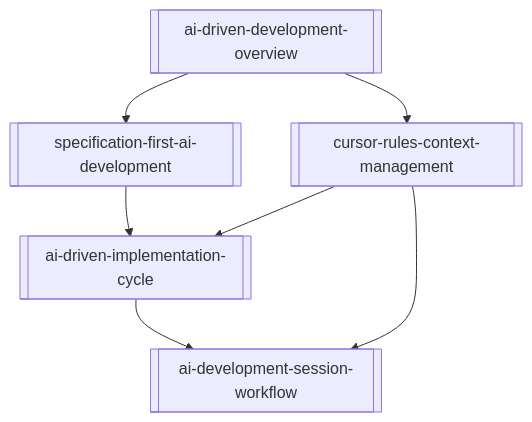
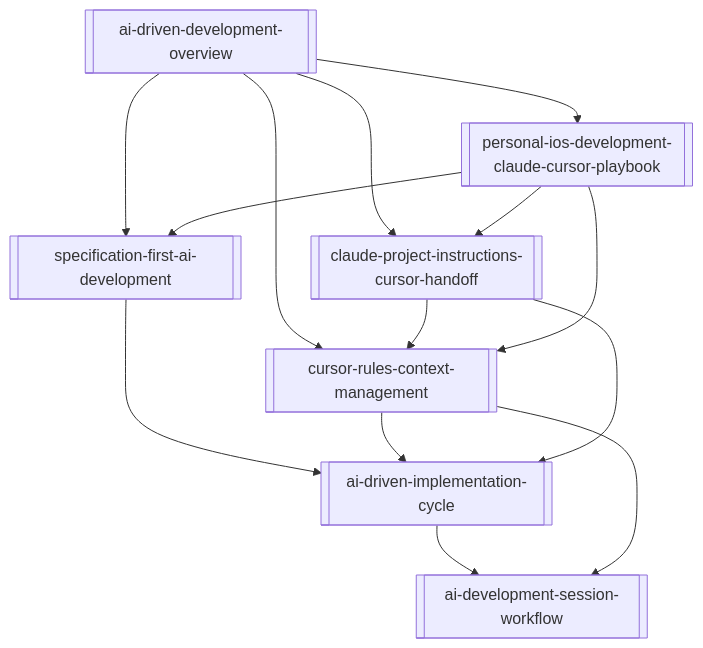
Before and after one commit to kyotalab/wiki: the diagram in 03_Atlas/ai-driven-development.md, drawn with Mermaid. The commit also changed other lines of this file and 2 other files, not shown here.

Commit message:
Add notes: Claude project instructions cursor playbook

````diff
--- a/03_Atlas/ai-driven-development.md
+++ b/03_Atlas/ai-driven-development.md
@@ -29,9 +30,16 @@
 ```mermaid
 graph TD
     A[[ai-driven-development-overview]] --> B[[specification-first-ai-development]]
     A --> C[[cursor-rules-context-management]]
     B --> D[[ai-driven-implementation-cycle]]
     C --> D
     D --> E[[ai-development-session-workflow]]
     C --> E
+    A --> F[[claude-project-instructions-cursor-handoff]]
+    F --> C
+    F --> D
+    A --> T[[personal-ios-development-claude-cursor-playbook]]
+    T --> B
+    T --> C
+    T --> F
 ```
````
